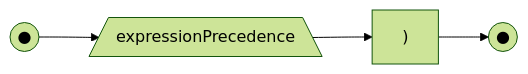
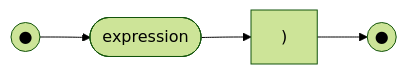
Before and after one commit to billhails/CEKF: diagram 51 of 59 in docs/railroad.md, drawn with Mermaid (forest theme). The commit also changed other lines of this file and 1 other file, not shown here.

````diff
--- a/docs/railroad.md
+++ b/docs/railroad.md
@@ -714,6 +745,6 @@
 ```mermaid
 flowchart LR
 s(("●"))
 e(("●"))
-s --> ep[/expressionPrecedence\] --> close[")"] --> e
+s --> ep([expression]) --> close[")"] --> e
 ```
````
